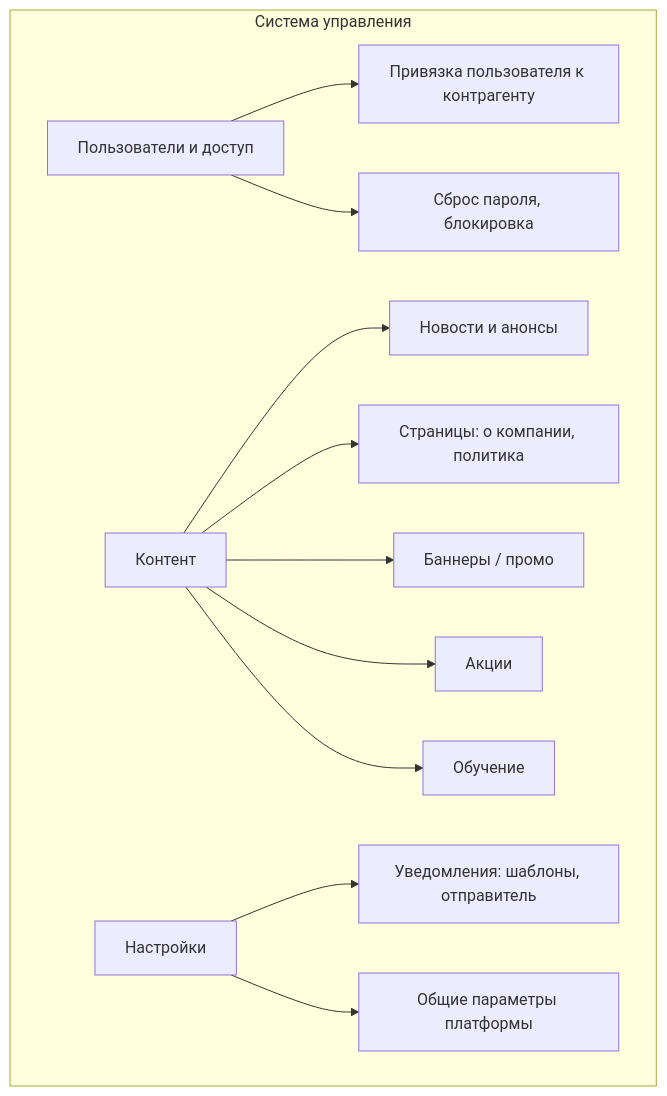
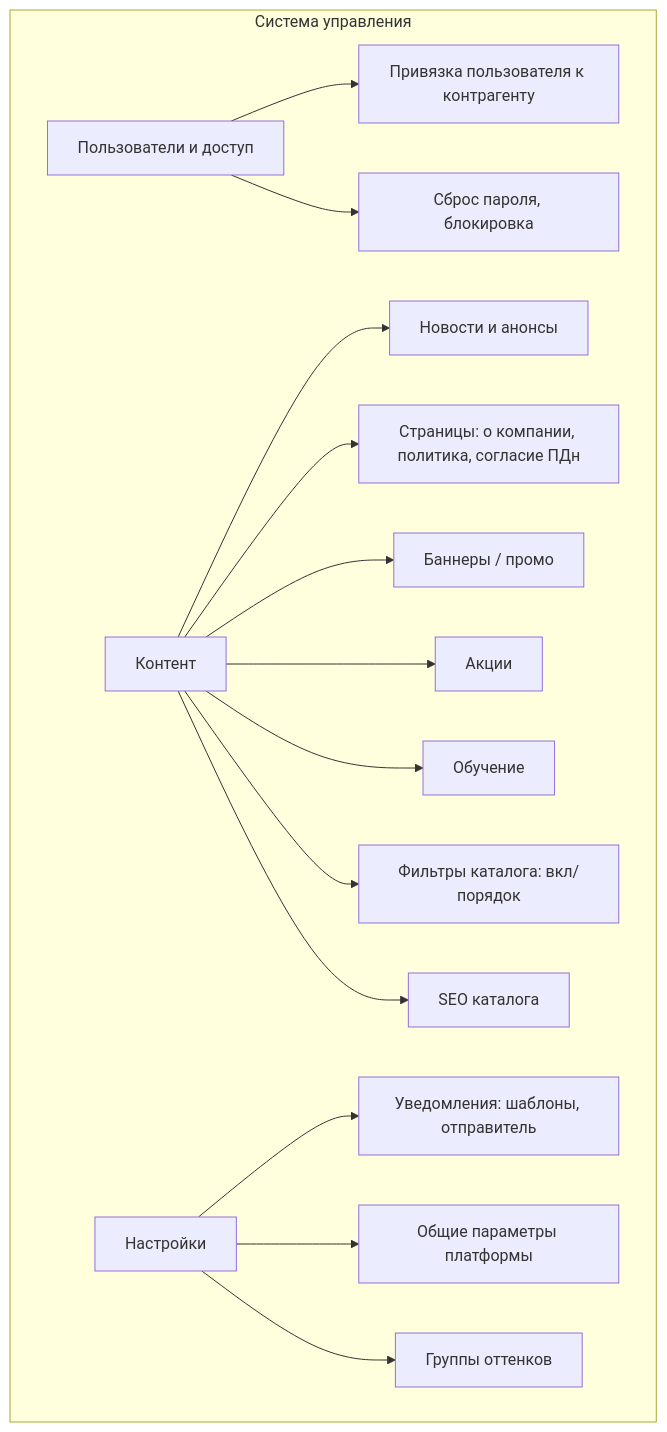
The diagram in export/buildin/bundle/02_чтз/12_система_управления.md (1dotblack/palizh-analytics), drawn with Mermaid before and after one commit. The commit also changed other lines of this file and 133 other files, not shown here.

Commit message:
Документация: SEO каталога, встреча по цветам 21.08, аудит 25.08, Buildin bundle.

````diff
--- a/export/buildin/bundle/02_чтз/12_система_управления.md
+++ b/export/buildin/bundle/02_чтз/12_система_управления.md
@@ -28,14 +28,17 @@
 ```mermaid
 flowchart TB
     subgraph Админка["Система управления"]
         A[Пользователи и доступ] --> A1[Привязка пользователя к контрагенту]
         A --> A2[Сброс пароля, блокировка]
         B[Контент] --> B1[Новости и анонсы]
-        B --> B2[Страницы: о компании, политика]
+        B --> B2[Страницы: о компании, политика, согласие ПДн]
         B --> B3[Баннеры / промо]
         B --> B4[Акции]
         B --> B5[Обучение]
+        B --> B6[Фильтры каталога: вкл/порядок]
+        B --> B7[SEO каталога]
         C[Настройки] --> C1[Уведомления: шаблоны, отправитель]
         C --> C2[Общие параметры платформы]
+        C --> C3[Группы оттенков]
     end
 ```
````
